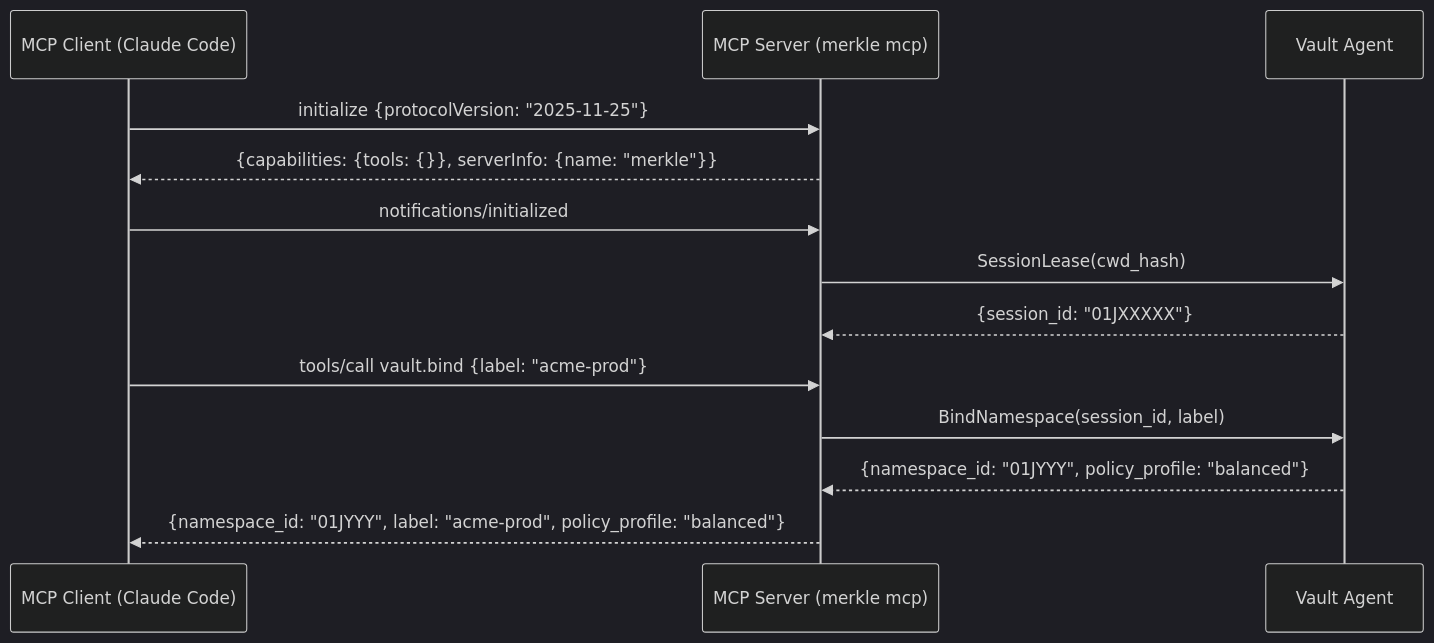
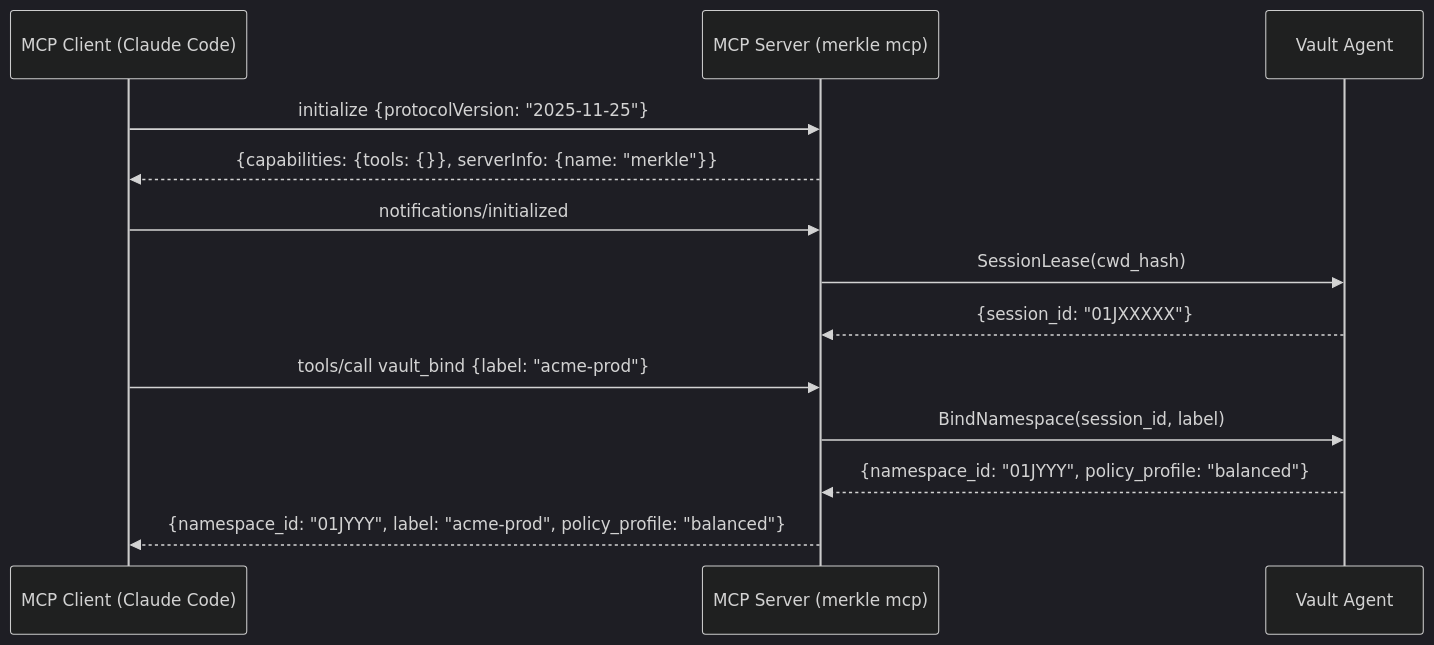
One commit to farchanjo/merkle changed the first of 3 diagrams in docs/arch/integrations/mcp-protocol.md. Above: the diagram before and after it, drawn with Mermaid (dark theme). The commit also changed other lines of this file and 6 other files, not shown here.

````diff
--- a/docs/arch/integrations/mcp-protocol.md
+++ b/docs/arch/integrations/mcp-protocol.md
@@ -930,16 +934,16 @@
 ```mermaid
 sequenceDiagram
     participant Client as MCP Client (Claude Code)
     participant Server as MCP Server (merkle mcp)
     participant Agent as Vault Agent
 
     Client->>Server: initialize {protocolVersion: "2025-11-25"}
     Server-->>Client: {capabilities: {tools: {}}, serverInfo: {name: "merkle"}}
     Client->>Server: notifications/initialized
     Server->>Agent: SessionLease(cwd_hash)
     Agent-->>Server: {session_id: "01JXXXXX"}
-    Client->>Server: tools/call vault.bind {label: "acme-prod"}
+    Client->>Server: tools/call vault_bind {label: "acme-prod"}
     Server->>Agent: BindNamespace(session_id, label)
     Agent-->>Server: {namespace_id: "01JYYY", policy_profile: "balanced"}
     Server-->>Client: {namespace_id: "01JYYY", label: "acme-prod", policy_profile: "balanced"}
 ```
````
